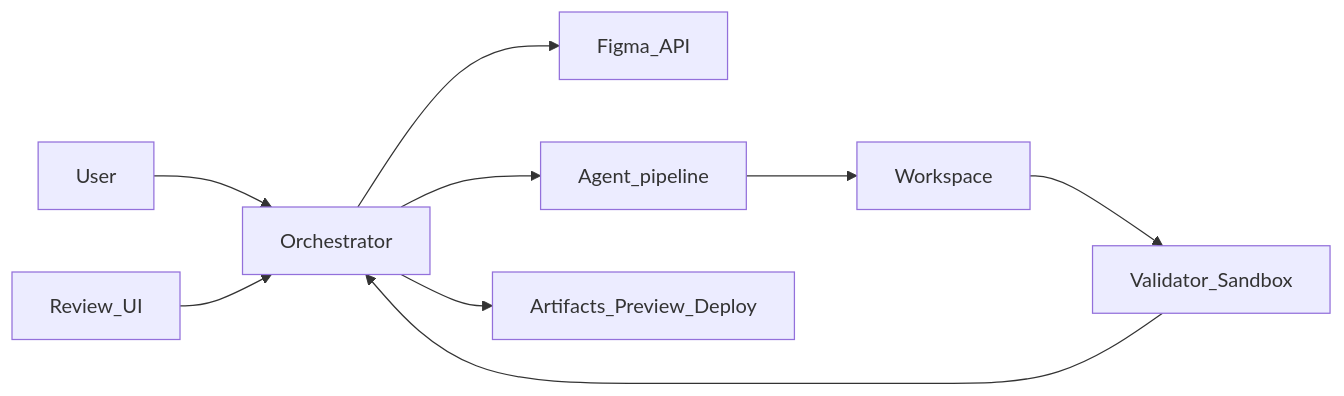
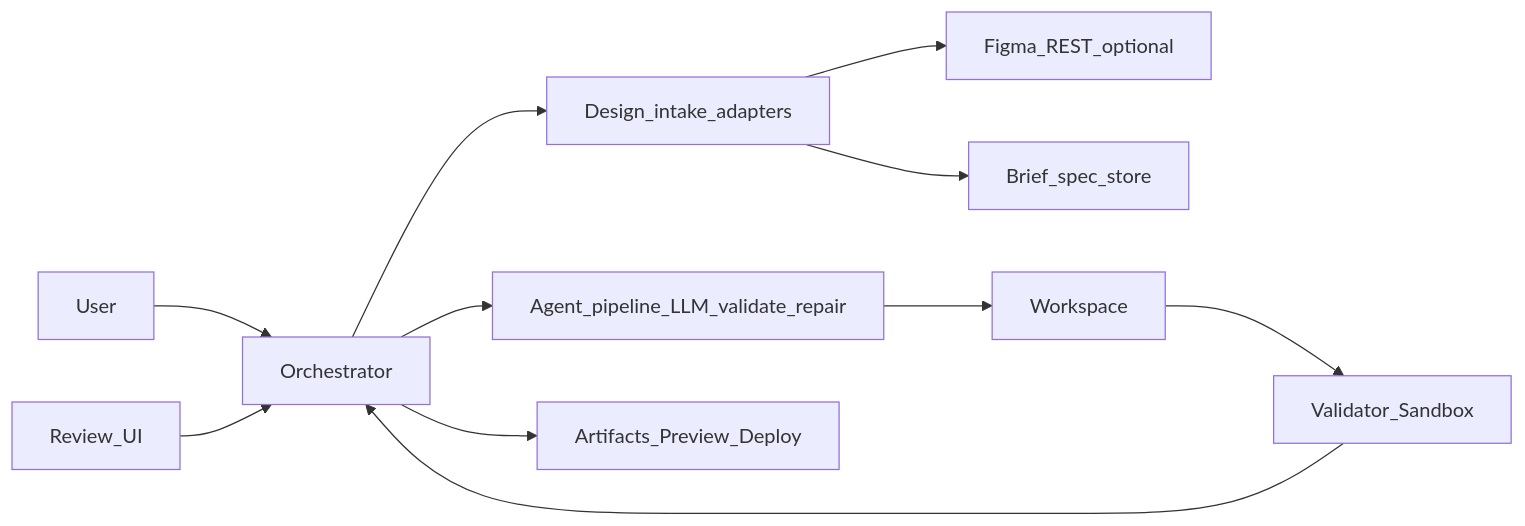
The first of 4 diagrams in README.md (CodeByStella/AI-Coding-Agent-Pipeline-Diagram), drawn with Mermaid before and after one commit. The commit also changed other lines of this file and 14 other files, not shown here.

First line of the commit message:
docs: agentic agent framing, requirements-only intake, DesignSpec fixture

````diff
--- a/README.md
+++ b/README.md
@@ -19,11 +19,13 @@
 ```mermaid
 flowchart LR
   usr[User] --> orch[Orchestrator]
   rev[Review_UI] --> orch
-  orch --> fapi[Figma_API]
-  orch --> pipe[Agent_pipeline]
+  orch --> intake[Design_intake_adapters]
+  intake --> fapi[Figma_REST_optional]
+  intake --> spec[Brief_spec_store]
+  orch --> pipe[Agent_pipeline_LLM_validate_repair]
   pipe --> ws[Workspace]
   ws --> qual[Validator_Sandbox]
   qual --> orch
   orch --> art[Artifacts_Preview_Deploy]
 ```
````
